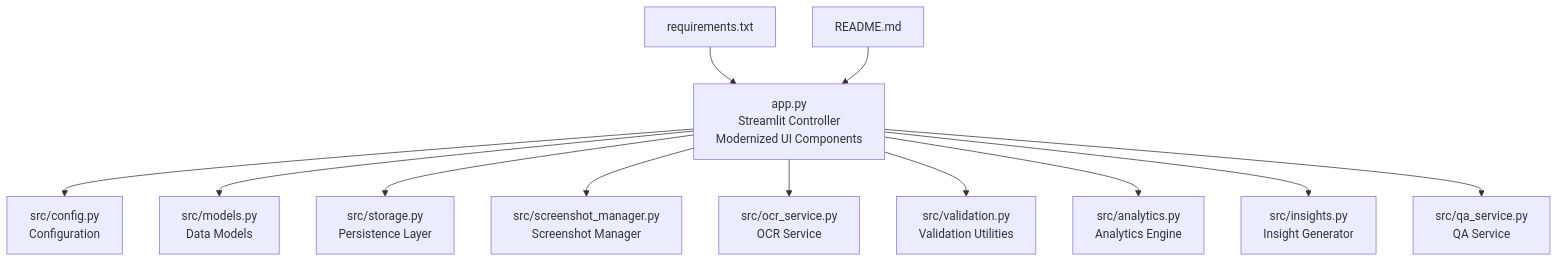
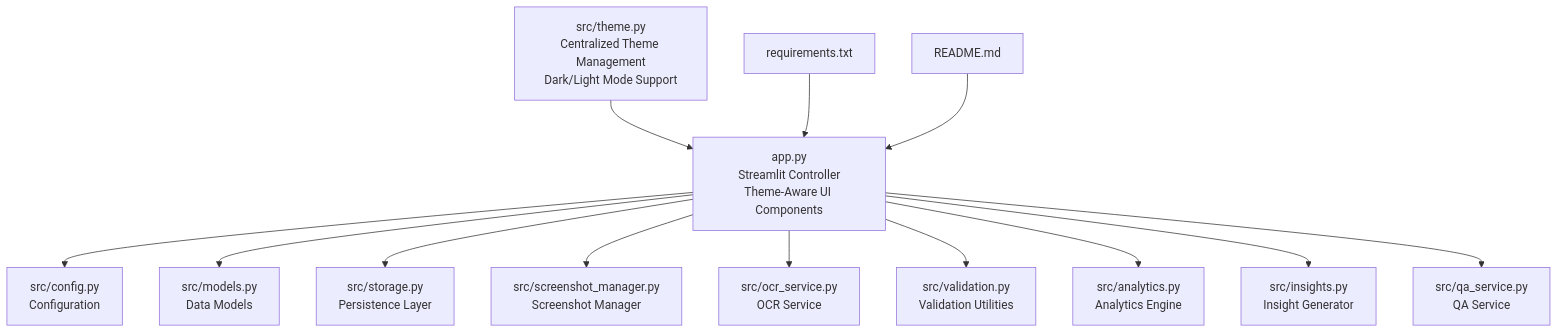
The first of 15 diagrams in .qoder/repowiki/en/content/Core Components/Application Controller.md (Johnny22056/SwimingStatus), drawn with Mermaid before and after one commit. The commit also changed other lines of this file and 2 other files, not shown here.

First line of the commit message:
feat(theme): integrate comprehensive dynamic theme management system

````diff
--- a/.qoder/repowiki/en/content/Core Components/Application Controller.md
+++ b/.qoder/repowiki/en/content/Core Components/Application Controller.md
@@ -65,14 +68,15 @@
 ```mermaid
 graph TB
-A["app.py<br/>Streamlit Controller<br/>Modernized UI Components"] --> B["src/config.py<br/>Configuration"]
+A["app.py<br/>Streamlit Controller<br/>Theme-Aware UI Components"] --> B["src/config.py<br/>Configuration"]
 A --> C["src/models.py<br/>Data Models"]
 A --> D["src/storage.py<br/>Persistence Layer"]
 A --> E["src/screenshot_manager.py<br/>Screenshot Manager"]
 A --> F["src/ocr_service.py<br/>OCR Service"]
 A --> G["src/validation.py<br/>Validation Utilities"]
 A --> H["src/analytics.py<br/>Analytics Engine"]
 A --> I["src/insights.py<br/>Insight Generator"]
 A --> J["src/qa_service.py<br/>QA Service"]
-K["requirements.txt"] --> A
-L["README.md"] --> A
+K["src/theme.py<br/>Centralized Theme Management<br/>Dark/Light Mode Support"] --> A
+L["requirements.txt"] --> A
+M["README.md"] --> A
 ```
````
